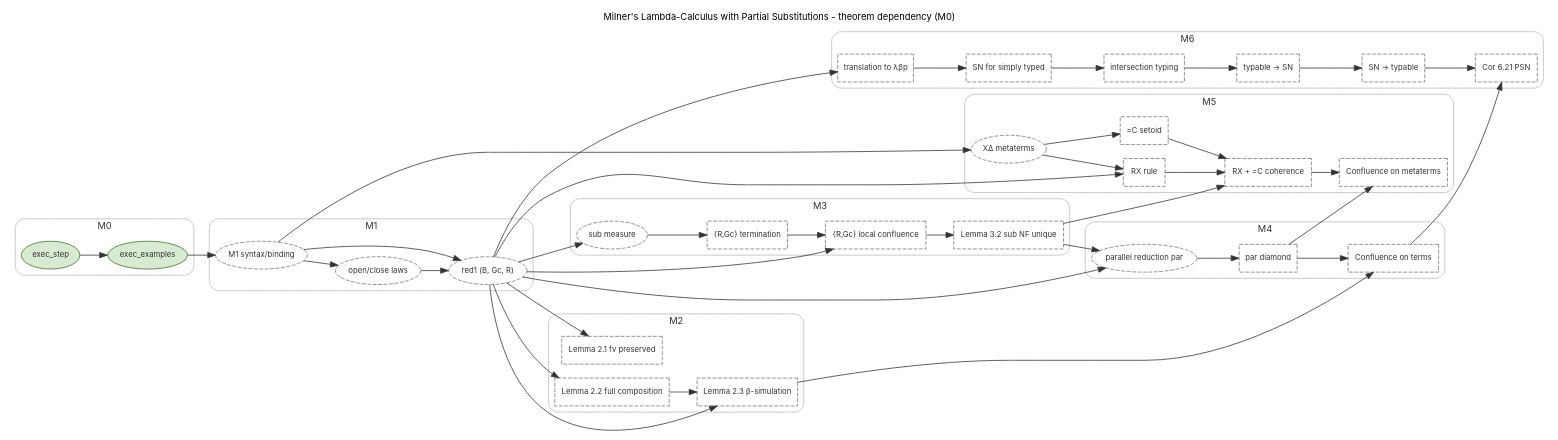
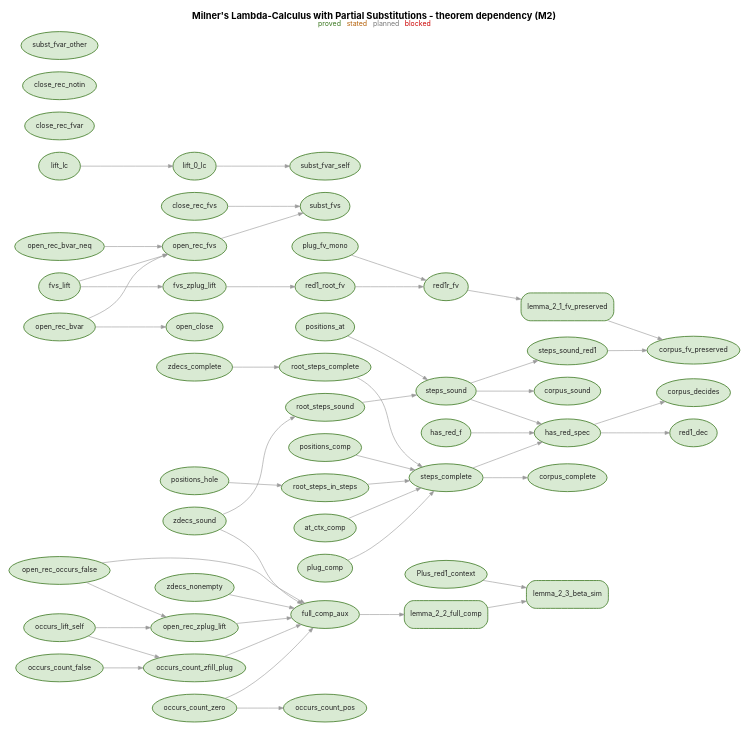
One commit to bisimulationn/lambda-sub changed the diagram in graphs/dependency.dot. Above: the diagram before and after it, drawn with Graphviz. The commit also changed 8 other files, not shown here.

Commit message:
add(tests): bounded conformance suite for the reducer against the relational semantics (golden corpus)

```diff
--- a/graphs/dependency.dot
+++ b/graphs/dependency.dot
@@ -1,110 +1,107 @@
 digraph theorem_deps {
   rankdir=LR;
   bgcolor="white";
-  node [fontname=Inter, fontsize=10, fontcolor="#333333"];
-  edge [fontname=Inter, fontsize=8, color="#333333"];
-  graph [fontname=Inter, fontsize=12, labelloc=t, label="Milner's Lambda-Calculus with Partial Substitutions - theorem dependency (M0)"];
-  subgraph cluster_M0 {
-    label="M0";
-    style="rounded";
-    color="#bbbbbb";
-    fontcolor="#333333";
-    exec_step [label="exec_step", color="#38761d", fillcolor="#d9ead3", style="filled", fontcolor="#333333", tooltip="exec_step theory/ExecReducer.v https://arxiv.org/html/2312.13270v1", shape=ellipse];
-    exec_examples [label="exec_examples", color="#38761d", fillcolor="#d9ead3", style="filled", fontcolor="#333333", tooltip="exec_examples theory/ExecReducer.v https://arxiv.org/html/2312.13270v1", shape=ellipse];
-  }
-  subgraph cluster_M1 {
-    label="M1";
-    style="rounded";
-    color="#bbbbbb";
-    fontcolor="#333333";
-    m1_syntax [label="M1 syntax/binding", color="#777777", fillcolor="#f3f3f3", style="dashed", fontcolor="#333333", tooltip="m1_syntax (section 2) https://arxiv.org/html/2312.13270v1", shape=ellipse];
-    m1_open_close [label="open/close laws", color="#777777", fillcolor="#f3f3f3", style="dashed", fontcolor="#333333", tooltip="m1_open_close (section 2) https://arxiv.org/html/2312.13270v1", shape=ellipse];
-    m1_red1 [label="red1 (B, Gc, R)", color="#777777", fillcolor="#f3f3f3", style="dashed", fontcolor="#333333", tooltip="m1_red1 (section 2) https://arxiv.org/html/2312.13270v1", shape=ellipse];
-  }
-  subgraph cluster_M2 {
-    label="M2";
-    style="rounded";
-    color="#bbbbbb";
-    fontcolor="#333333";
-    lemma_2_1_fv_preserved [label="Lemma 2.1 fv preserved", color="#777777", fillcolor="#f3f3f3", style="dashed", fontcolor="#333333", tooltip="lemma_2_1_fv_preserved (section 2) https://arxiv.org/html/2312.13270v1", shape=box];
-    lemma_2_2_full_comp [label="Lemma 2.2 full composition", color="#777777", fillcolor="#f3f3f3", style="dashed", fontcolor="#333333", tooltip="lemma_2_2_full_comp (section 2) https://arxiv.org/html/2312.13270v1", shape=box];
-    lemma_2_3_beta_sim [label="Lemma 2.3 β-simulation", color="#777777", fillcolor="#f3f3f3", style="dashed", fontcolor="#333333", tooltip="lemma_2_3_beta_sim (section 2) https://arxiv.org/html/2312.13270v1", shape=box];
-  }
-  subgraph cluster_M3 {
-    label="M3";
-    style="rounded";
-    color="#bbbbbb";
-    fontcolor="#333333";
-    m3_measure [label="sub measure", color="#777777", fillcolor="#f3f3f3", style="dashed", fontcolor="#333333", tooltip="m3_measure (section A) https://arxiv.org/html/2312.13270v1", shape=ellipse];
-    m3_termination [label="{R,Gc} termination", color="#777777", fillcolor="#f3f3f3", style="dashed", fontcolor="#333333", tooltip="m3_termination (section 3.1) https://arxiv.org/html/2312.13270v1", shape=box];
-    m3_local_confluence [label="{R,Gc} local confluence", color="#777777", fillcolor="#f3f3f3", style="dashed", fontcolor="#333333", tooltip="m3_local_confluence (section 3.1) https://arxiv.org/html/2312.13270v1", shape=box];
-    lemma_3_2_sub_nf_unique [label="Lemma 3.2 sub NF unique", color="#777777", fillcolor="#f3f3f3", style="dashed", fontcolor="#333333", tooltip="lemma_3_2_sub_nf_unique (section 3.1) https://arxiv.org/html/2312.13270v1", shape=box];
-  }
-  subgraph cluster_M4 {
-    label="M4";
-    style="rounded";
-    color="#bbbbbb";
-    fontcolor="#333333";
-    m4_par [label="parallel reduction par", color="#777777", fillcolor="#f3f3f3", style="dashed", fontcolor="#333333", tooltip="m4_par (section 3.2) https://arxiv.org/html/2312.13270v1", shape=ellipse];
-    m4_par_diamond [label="par diamond", color="#777777", fillcolor="#f3f3f3", style="dashed", fontcolor="#333333", tooltip="m4_par_diamond (section 3.2) https://arxiv.org/html/2312.13270v1", shape=box];
-    theorem_confluence_terms [label="Confluence on terms", color="#777777", fillcolor="#f3f3f3", style="dashed", fontcolor="#333333", tooltip="theorem_confluence_terms (section 3.2) https://arxiv.org/html/2312.13270v1", shape=box];
-  }
-  subgraph cluster_M5 {
-    label="M5";
-    style="rounded";
-    color="#bbbbbb";
-    fontcolor="#333333";
-    m5_mvar [label="XΔ metaterms", color="#777777", fillcolor="#f3f3f3", style="dashed", fontcolor="#333333", tooltip="m5_mvar (section 3.3) https://arxiv.org/html/2312.13270v1", shape=ellipse];
-    m5_rx [label="RX rule", color="#777777", fillcolor="#f3f3f3", style="dashed", fontcolor="#333333", tooltip="m5_rx (section 3.3) https://arxiv.org/html/2312.13270v1", shape=box];
-    m5_eq_C [label="=C setoid", color="#777777", fillcolor="#f3f3f3", style="dashed", fontcolor="#333333", tooltip="m5_eq_C (section 3.3) https://arxiv.org/html/2312.13270v1", shape=box];
-    m5_coherence [label="RX + =C coherence", color="#777777", fillcolor="#f3f3f3", style="dashed", fontcolor="#333333", tooltip="m5_coherence (section 3.3) https://arxiv.org/html/2312.13270v1", shape=box];
-    theorem_confluence_metaterms [label="Confluence on metaterms", color="#777777", fillcolor="#f3f3f3", style="dashed", fontcolor="#333333", tooltip="theorem_confluence_metaterms (section 3.3) https://arxiv.org/html/2312.13270v1", shape=box];
-  }
-  subgraph cluster_M6 {
-    label="M6";
-    style="rounded";
-    color="#bbbbbb";
-    fontcolor="#333333";
-    m6_translation [label="translation to λβp", color="#777777", fillcolor="#f3f3f3", style="dashed", fontcolor="#333333", tooltip="m6_translation (section 4) https://arxiv.org/html/2312.13270v1", shape=box];
-    m6_sn [label="SN for simply typed", color="#777777", fillcolor="#f3f3f3", style="dashed", fontcolor="#333333", tooltip="m6_sn (section 6) https://arxiv.org/html/2312.13270v1", shape=box];
-    m6_intersection [label="intersection typing", color="#777777", fillcolor="#f3f3f3", style="dashed", fontcolor="#333333", tooltip="m6_intersection (section 6) https://arxiv.org/html/2312.13270v1", shape=box];
-    m6_typable_sn [label="typable → SN", color="#777777", fillcolor="#f3f3f3", style="dashed", fontcolor="#333333", tooltip="m6_typable_sn (section 6) https://arxiv.org/html/2312.13270v1", shape=box];
-    m6_sn_typable [label="SN → typable", color="#777777", fillcolor="#f3f3f3", style="dashed", fontcolor="#333333", tooltip="m6_sn_typable (section 6) https://arxiv.org/html/2312.13270v1", shape=box];
-    corollary_6_21_psn [label="Cor 6.21 PSN", color="#777777", fillcolor="#f3f3f3", style="dashed", fontcolor="#333333", tooltip="corollary_6_21_psn (section 6) https://arxiv.org/html/2312.13270v1", shape=box];
-  }
-  exec_step -> exec_examples;
-  exec_examples -> m1_syntax;
-  m1_syntax -> m1_open_close;
-  m1_syntax -> m1_red1;
-  m1_open_close -> m1_red1;
-  m1_red1 -> lemma_2_1_fv_preserved;
-  m1_red1 -> lemma_2_2_full_comp;
-  m1_red1 -> lemma_2_3_beta_sim;
+  splines=spline;
+  nodesep=0.22;
+  ranksep=0.6;
+  node [fontname=Inter, fontsize=9, fontcolor="#222222"];
+  edge [fontname=Inter, fontsize=8, color="#9a9a9a", arrowsize=0.6, penwidth=0.8];
+  graph [fontname=Inter, fontsize=12, labelloc=t, label=<<B>Milner's Lambda-Calculus with Partial Substitutions - theorem dependency (M2)</B><BR/><FONT POINT-SIZE="9"><FONT COLOR="#38761d">proved</FONT>   <FONT COLOR="#b45f06">stated</FONT>   <FONT COLOR="#777777">planned</FONT>   <FONT COLOR="#cc0000">blocked</FONT></FONT>>];
+  fvs_lift [label="fvs_lift", color="#38761d", fillcolor="#d9ead3", style="filled", fontcolor="#222222", tooltip="fvs_lift theory/Binding.v https://arxiv.org/html/2312.13270v1", shape=ellipse];
+  lift_lc [label="lift_lc", color="#38761d", fillcolor="#d9ead3", style="filled", fontcolor="#222222", tooltip="lift_lc theory/Binding.v https://arxiv.org/html/2312.13270v1", shape=ellipse];
+  lift_0_lc [label="lift_0_lc", color="#38761d", fillcolor="#d9ead3", style="filled", fontcolor="#222222", tooltip="lift_0_lc theory/Binding.v https://arxiv.org/html/2312.13270v1", shape=ellipse];
+  open_rec_bvar [label="open_rec_bvar", color="#38761d", fillcolor="#d9ead3", style="filled", fontcolor="#222222", tooltip="open_rec_bvar theory/Binding.v https://arxiv.org/html/2312.13270v1", shape=ellipse];
+  close_rec_fvar [label="close_rec_fvar", color="#38761d", fillcolor="#d9ead3", style="filled", fontcolor="#222222", tooltip="close_rec_fvar theory/Binding.v https://arxiv.org/html/2312.13270v1", shape=ellipse];
+  open_rec_occurs_false [label="open_rec_occurs_false", color="#38761d", fillcolor="#d9ead3", style="filled", fontcolor="#222222", tooltip="open_rec_occurs_false theory/Binding.v https://arxiv.org/html/2312.13270v1", shape=ellipse];
+  close_rec_notin [label="close_rec_notin", color="#38761d", fillcolor="#d9ead3", style="filled", fontcolor="#222222", tooltip="close_rec_notin theory/Binding.v https://arxiv.org/html/2312.13270v1", shape=ellipse];
+  close_rec_fvs [label="close_rec_fvs", color="#38761d", fillcolor="#d9ead3", style="filled", fontcolor="#222222", tooltip="close_rec_fvs theory/Binding.v https://arxiv.org/html/2312.13270v1", shape=ellipse];
+  open_rec_bvar_neq [label="open_rec_bvar_neq", color="#38761d", fillcolor="#d9ead3", style="filled", fontcolor="#222222", tooltip="open_rec_bvar_neq theory/Binding.v https://arxiv.org/html/2312.13270v1", shape=ellipse];
+  open_rec_fvs [label="open_rec_fvs", color="#38761d", fillcolor="#d9ead3", style="filled", fontcolor="#222222", tooltip="open_rec_fvs theory/Binding.v https://arxiv.org/html/2312.13270v1", shape=ellipse];
+  open_close [label="open_close", color="#38761d", fillcolor="#d9ead3", style="filled", fontcolor="#222222", tooltip="open_close theory/Binding.v https://arxiv.org/html/2312.13270v1", shape=ellipse];
+  subst_fvar_self [label="subst_fvar_self", color="#38761d", fillcolor="#d9ead3", style="filled", fontcolor="#222222", tooltip="subst_fvar_self theory/Binding.v https://arxiv.org/html/2312.13270v1", shape=ellipse];
+  subst_fvar_other [label="subst_fvar_other", color="#38761d", fillcolor="#d9ead3", style="filled", fontcolor="#222222", tooltip="subst_fvar_other theory/Binding.v https://arxiv.org/html/2312.13270v1", shape=ellipse];
+  subst_fvs [label="subst_fvs", color="#38761d", fillcolor="#d9ead3", style="filled", fontcolor="#222222", tooltip="subst_fvs theory/Binding.v https://arxiv.org/html/2312.13270v1", shape=ellipse];
+  Plus_red1_context [label="Plus_red1_context", color="#38761d", fillcolor="#d9ead3", style="filled", fontcolor="#222222", tooltip="Plus_red1_context theory/Metatheory.v https://arxiv.org/html/2312.13270v1", shape=ellipse];
+  occurs_count_zero [label="occurs_count_zero", color="#38761d", fillcolor="#d9ead3", style="filled", fontcolor="#222222", tooltip="occurs_count_zero theory/Metatheory.v https://arxiv.org/html/2312.13270v1", shape=ellipse];
+  occurs_count_false [label="occurs_count_false", color="#38761d", fillcolor="#d9ead3", style="filled", fontcolor="#222222", tooltip="occurs_count_false theory/Metatheory.v https://arxiv.org/html/2312.13270v1", shape=ellipse];
+  occurs_count_pos [label="occurs_count_pos", color="#38761d", fillcolor="#d9ead3", style="filled", fontcolor="#222222", tooltip="occurs_count_pos theory/Metatheory.v https://arxiv.org/html/2312.13270v1", shape=ellipse];
+  occurs_lift_self [label="occurs_lift_self", color="#38761d", fillcolor="#d9ead3", style="filled", fontcolor="#222222", tooltip="occurs_lift_self theory/Metatheory.v https://arxiv.org/html/2312.13270v1", shape=ellipse];
+  zdecs_nonempty [label="zdecs_nonempty", color="#38761d", fillcolor="#d9ead3", style="filled", fontcolor="#222222", tooltip="zdecs_nonempty theory/Metatheory.v https://arxiv.org/html/2312.13270v1", shape=ellipse];
+  occurs_count_zfill_plug [label="occurs_count_zfill_plug", color="#38761d", fillcolor="#d9ead3", style="filled", fontcolor="#222222", tooltip="occurs_count_zfill_plug theory/Metatheory.v https://arxiv.org/html/2312.13270v1", shape=ellipse];
+  open_rec_zplug_lift [label="open_rec_zplug_lift", color="#38761d", fillcolor="#d9ead3", style="filled", fontcolor="#222222", tooltip="open_rec_zplug_lift theory/Metatheory.v https://arxiv.org/html/2312.13270v1", shape=ellipse];
+  full_comp_aux [label="full_comp_aux", color="#38761d", fillcolor="#d9ead3", style="filled", fontcolor="#222222", tooltip="full_comp_aux theory/Metatheory.v https://arxiv.org/html/2312.13270v1", shape=ellipse];
+  lemma_2_2_full_comp [label="lemma_2_2_full_comp", color="#38761d", fillcolor="#d9ead3", style="rounded,filled", fontcolor="#222222", tooltip="lemma_2_2_full_comp (section 2.2) theory/Metatheory.v https://arxiv.org/html/2312.13270v1", shape=box];
+  fvs_zplug_lift [label="fvs_zplug_lift", color="#38761d", fillcolor="#d9ead3", style="filled", fontcolor="#222222", tooltip="fvs_zplug_lift theory/Metatheory.v https://arxiv.org/html/2312.13270v1", shape=ellipse];
+  plug_fv_mono [label="plug_fv_mono", color="#38761d", fillcolor="#d9ead3", style="filled", fontcolor="#222222", tooltip="plug_fv_mono theory/Metatheory.v https://arxiv.org/html/2312.13270v1", shape=ellipse];
+  red1_root_fv [label="red1_root_fv", color="#38761d", fillcolor="#d9ead3", style="filled", fontcolor="#222222", tooltip="red1_root_fv theory/Metatheory.v https://arxiv.org/html/2312.13270v1", shape=ellipse];
+  red1r_fv [label="red1r_fv", color="#38761d", fillcolor="#d9ead3", style="filled", fontcolor="#222222", tooltip="red1r_fv theory/Metatheory.v https://arxiv.org/html/2312.13270v1", shape=ellipse];
+  lemma_2_1_fv_preserved [label="lemma_2_1_fv_preserved", color="#38761d", fillcolor="#d9ead3", style="rounded,filled", fontcolor="#222222", tooltip="lemma_2_1_fv_preserved (section 2.1) theory/Metatheory.v https://arxiv.org/html/2312.13270v1", shape=box];
+  lemma_2_3_beta_sim [label="lemma_2_3_beta_sim", color="#38761d", fillcolor="#d9ead3", style="rounded,filled", fontcolor="#222222", tooltip="lemma_2_3_beta_sim (section 2.3) theory/Metatheory.v https://arxiv.org/html/2312.13270v1", shape=box];
+  zdecs_sound [label="zdecs_sound", color="#38761d", fillcolor="#d9ead3", style="filled", fontcolor="#222222", tooltip="zdecs_sound theory/Reduction.v https://arxiv.org/html/2312.13270v1", shape=ellipse];
+  zdecs_complete [label="zdecs_complete", color="#38761d", fillcolor="#d9ead3", style="filled", fontcolor="#222222", tooltip="zdecs_complete theory/Reduction.v https://arxiv.org/html/2312.13270v1", shape=ellipse];
+  positions_at [label="positions_at", color="#38761d", fillcolor="#d9ead3", style="filled", fontcolor="#222222", tooltip="positions_at theory/Reduction.v https://arxiv.org/html/2312.13270v1", shape=ellipse];
+  root_steps_sound [label="root_steps_sound", color="#38761d", fillcolor="#d9ead3", style="filled", fontcolor="#222222", tooltip="root_steps_sound theory/Reduction.v https://arxiv.org/html/2312.13270v1", shape=ellipse];
+  root_steps_complete [label="root_steps_complete", color="#38761d", fillcolor="#d9ead3", style="filled", fontcolor="#222222", tooltip="root_steps_complete theory/Reduction.v https://arxiv.org/html/2312.13270v1", shape=ellipse];
+  steps_sound [label="steps_sound", color="#38761d", fillcolor="#d9ead3", style="filled", fontcolor="#222222", tooltip="steps_sound theory/Reduction.v https://arxiv.org/html/2312.13270v1", shape=ellipse];
+  steps_sound_red1 [label="steps_sound_red1", color="#38761d", fillcolor="#d9ead3", style="filled", fontcolor="#222222", tooltip="steps_sound_red1 theory/Reduction.v https://arxiv.org/html/2312.13270v1", shape=ellipse];
+  positions_hole [label="positions_hole", color="#38761d", fillcolor="#d9ead3", style="filled", fontcolor="#222222", tooltip="positions_hole theory/Reduction.v https://arxiv.org/html/2312.13270v1", shape=ellipse];
+  root_steps_in_steps [label="root_steps_in_steps", color="#38761d", fillcolor="#d9ead3", style="filled", fontcolor="#222222", tooltip="root_steps_in_steps theory/Reduction.v https://arxiv.org/html/2312.13270v1", shape=ellipse];
+  plug_comp [label="plug_comp", color="#38761d", fillcolor="#d9ead3", style="filled", fontcolor="#222222", tooltip="plug_comp theory/Reduction.v https://arxiv.org/html/2312.13270v1", shape=ellipse];
+  positions_comp [label="positions_comp", color="#38761d", fillcolor="#d9ead3", style="filled", fontcolor="#222222", tooltip="positions_comp theory/Reduction.v https://arxiv.org/html/2312.13270v1", shape=ellipse];
+  at_ctx_comp [label="at_ctx_comp", color="#38761d", fillcolor="#d9ead3", style="filled", fontcolor="#222222", tooltip="at_ctx_comp theory/Reduction.v https://arxiv.org/html/2312.13270v1", shape=ellipse];
+  steps_complete [label="steps_complete", color="#38761d", fillcolor="#d9ead3", style="filled", fontcolor="#222222", tooltip="steps_complete theory/Reduction.v https://arxiv.org/html/2312.13270v1", shape=ellipse];
+  has_red_f [label="has_red_f", color="#38761d", fillcolor="#d9ead3", style="filled", fontcolor="#222222", tooltip="has_red_f theory/Reduction.v https://arxiv.org/html/2312.13270v1", shape=ellipse];
+  has_red_spec [label="has_red_spec", color="#38761d", fillcolor="#d9ead3", style="filled", fontcolor="#222222", tooltip="has_red_spec theory/Reduction.v https://arxiv.org/html/2312.13270v1", shape=ellipse];
+  red1_dec [label="red1_dec", color="#38761d", fillcolor="#d9ead3", style="filled", fontcolor="#222222", tooltip="red1_dec theory/Reduction.v https://arxiv.org/html/2312.13270v1", shape=ellipse];
+  corpus_sound [label="corpus_sound", color="#38761d", fillcolor="#d9ead3", style="filled", fontcolor="#222222", tooltip="corpus_sound theory/Tests.v https://arxiv.org/html/2312.13270v1", shape=ellipse];
+  corpus_complete [label="corpus_complete", color="#38761d", fillcolor="#d9ead3", style="filled", fontcolor="#222222", tooltip="corpus_complete theory/Tests.v https://arxiv.org/html/2312.13270v1", shape=ellipse];
+  corpus_decides [label="corpus_decides", color="#38761d", fillcolor="#d9ead3", style="filled", fontcolor="#222222", tooltip="corpus_decides theory/Tests.v https://arxiv.org/html/2312.13270v1", shape=ellipse];
+  corpus_fv_preserved [label="corpus_fv_preserved", color="#38761d", fillcolor="#d9ead3", style="filled", fontcolor="#222222", tooltip="corpus_fv_preserved theory/Tests.v https://arxiv.org/html/2312.13270v1", shape=ellipse];
+  lift_lc -> lift_0_lc;
+  fvs_lift -> open_rec_fvs;
+  open_rec_bvar -> open_rec_fvs;
+  open_rec_bvar_neq -> open_rec_fvs;
+  open_rec_bvar -> open_close;
+  lift_0_lc -> subst_fvar_self;
+  close_rec_fvs -> subst_fvs;
+  open_rec_fvs -> subst_fvs;
+  occurs_count_zero -> occurs_count_pos;
+  occurs_count_false -> occurs_count_zfill_plug;
+  occurs_lift_self -> occurs_count_zfill_plug;
+  occurs_lift_self -> open_rec_zplug_lift;
+  open_rec_occurs_false -> open_rec_zplug_lift;
+  occurs_count_zero -> full_comp_aux;
+  occurs_count_zfill_plug -> full_comp_aux;
+  open_rec_occurs_false -> full_comp_aux;
+  open_rec_zplug_lift -> full_comp_aux;
+  zdecs_nonempty -> full_comp_aux;
+  zdecs_sound -> full_comp_aux;
+  full_comp_aux -> lemma_2_2_full_comp;
+  fvs_lift -> fvs_zplug_lift;
+  fvs_zplug_lift -> red1_root_fv;
+  plug_fv_mono -> red1r_fv;
+  red1_root_fv -> red1r_fv;
+  red1r_fv -> lemma_2_1_fv_preserved;
+  Plus_red1_context -> lemma_2_3_beta_sim;
   lemma_2_2_full_comp -> lemma_2_3_beta_sim;
-  m1_red1 -> m3_measure;
-  m3_measure -> m3_termination;
-  m3_termination -> m3_local_confluence;
-  m1_red1 -> m3_local_confluence;
-  m3_local_confluence -> lemma_3_2_sub_nf_unique;
-  m1_red1 -> m4_par;
-  lemma_3_2_sub_nf_unique -> m4_par;
-  m4_par -> m4_par_diamond;
-  m4_par_diamond -> theorem_confluence_terms;
-  lemma_2_3_beta_sim -> theorem_confluence_terms;
-  m1_syntax -> m5_mvar;
-  m5_mvar -> m5_rx;
-  m1_red1 -> m5_rx;
-  m5_mvar -> m5_eq_C;
-  m5_rx -> m5_coherence;
-  m5_eq_C -> m5_coherence;
-  lemma_3_2_sub_nf_unique -> m5_coherence;
-  m5_coherence -> theorem_confluence_metaterms;
-  m4_par_diamond -> theorem_confluence_metaterms;
-  m1_red1 -> m6_translation;
-  m6_translation -> m6_sn;
-  m6_sn -> m6_intersection;
-  m6_intersection -> m6_typable_sn;
-  m6_typable_sn -> m6_sn_typable;
-  m6_sn_typable -> corollary_6_21_psn;
-  theorem_confluence_terms -> corollary_6_21_psn;
+  zdecs_sound -> root_steps_sound;
+  zdecs_complete -> root_steps_complete;
+  positions_at -> steps_sound;
+  root_steps_sound -> steps_sound;
+  steps_sound -> steps_sound_red1;
+  positions_hole -> root_steps_in_steps;
+  at_ctx_comp -> steps_complete;
+  plug_comp -> steps_complete;
+  positions_comp -> steps_complete;
+  root_steps_complete -> steps_complete;
+  root_steps_in_steps -> steps_complete;
+  has_red_f -> has_red_spec;
+  steps_complete -> has_red_spec;
+  steps_sound -> has_red_spec;
+  has_red_spec -> red1_dec;
+  steps_sound -> corpus_sound;
+  steps_complete -> corpus_complete;
+  has_red_spec -> corpus_decides;
+  lemma_2_1_fv_preserved -> corpus_fv_preserved;
+  steps_sound_red1 -> corpus_fv_preserved;
 }
```
